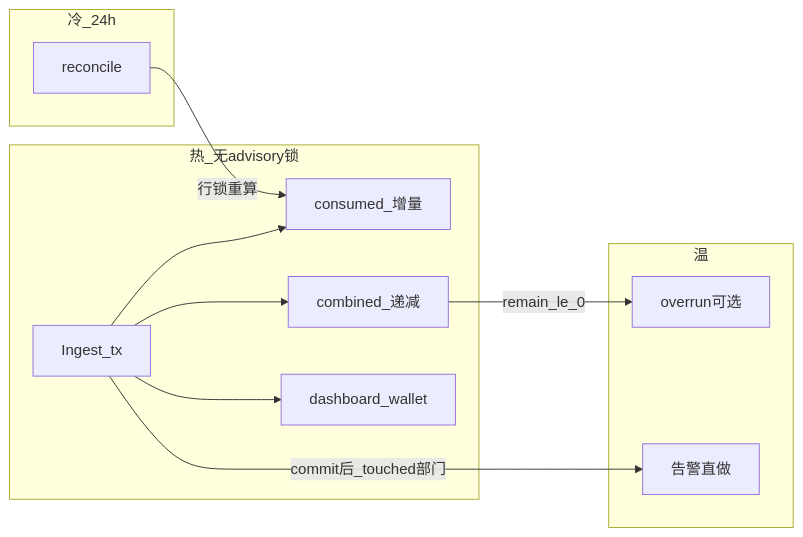
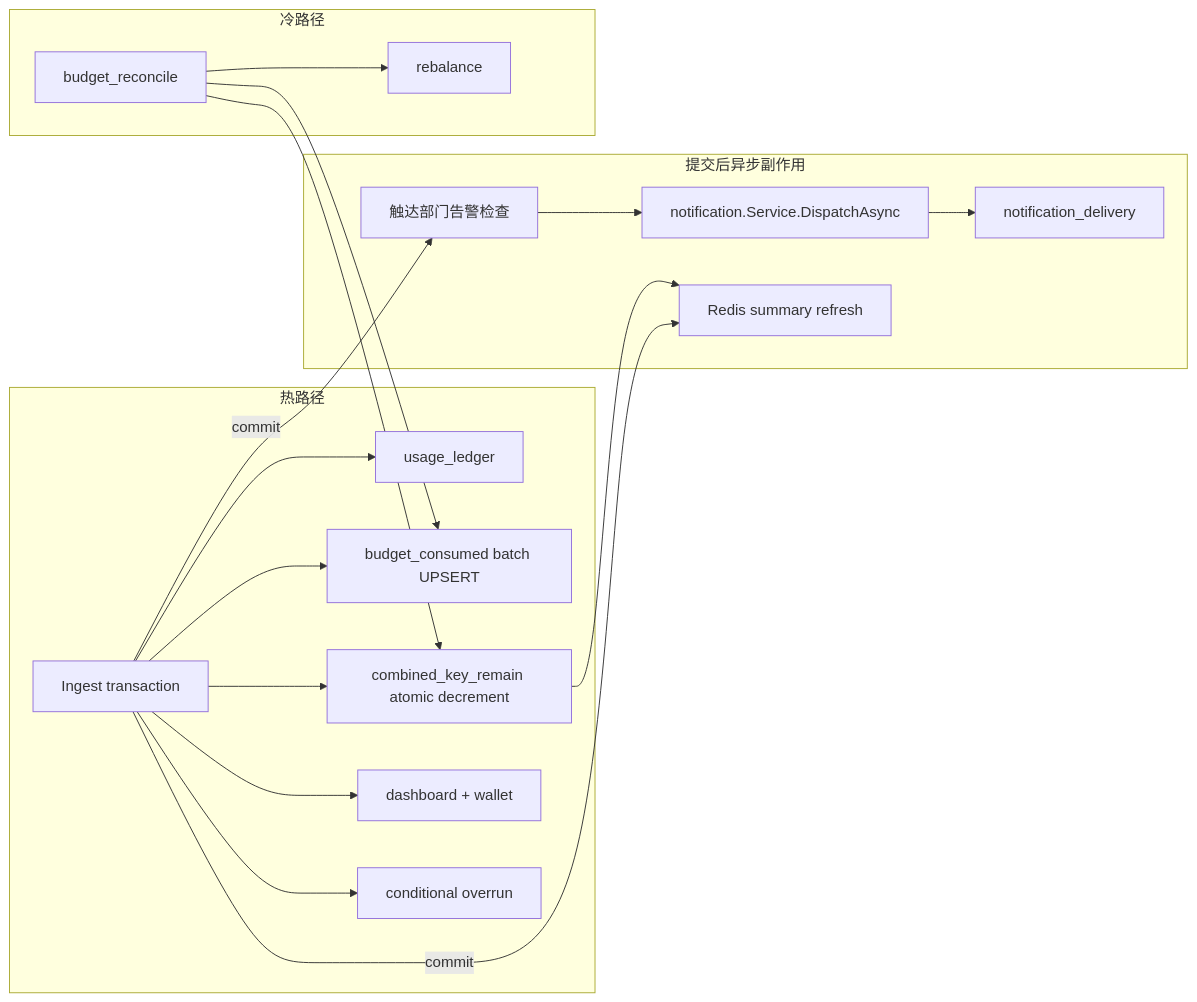
Before and after one commit to quyip8818/mytokenjoy: the diagram in docs/Backend-budget_consumed迁回Ingest.md, drawn with Mermaid. The commit also changed other lines of this file and 41 other files, not shown here.

````diff
--- a/docs/Backend-budget_consumed迁回Ingest.md
+++ b/docs/Backend-budget_consumed迁回Ingest.md
@@ -43,15 +49,36 @@
 ```mermaid
 flowchart LR
-  subgraph hot [热_无advisory锁]
-    I[Ingest_tx] --> BC[consumed_增量]
-    I --> CK[combined_递减]
-    I --> DW[dashboard_wallet]
+  subgraph hot [热路径]
+    I[Ingest transaction]
+    L[usage_ledger]
+    C[budget_consumed batch UPSERT]
+    K[combined_key_remain atomic decrement]
+    J[dashboard + wallet]
+    O[conditional overrun]
+    I --> L
+    I --> C
+    I --> K
+    I --> J
+    I --> O
   end
-  subgraph warm [温]
-    I -->|commit后_touched部门| AL[告警直做]
-    CK -->|remain_le_0| OV[overrun可选]
+
+  subgraph after [提交后异步副作用]
+    A[触达部门告警检查]
+    N[notification.Service.DispatchAsync]
+    R[notification_delivery]
+    B[Redis summary refresh]
+    A --> N --> R
+    K --> B
   end
-  subgraph cold [冷_24h]
-    RC[reconcile] -->|行锁重算| BC
+
+  subgraph cold [冷路径]
+    RC[budget_reconcile]
+    RB[rebalance]
+    RC --> RB
   end
+
+  I -->|commit| A
+  I -->|commit| B
+  RC --> C
+  RC --> K
 ```
````
